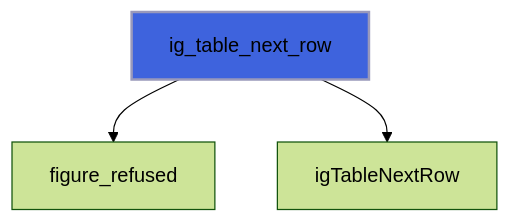
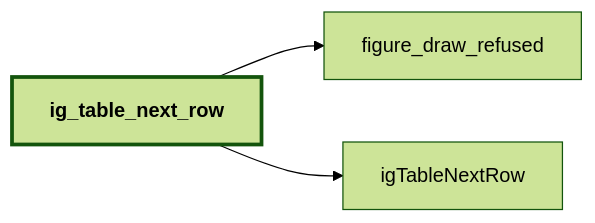
One commit to szaghi/figure changed diagram 14 of 40 in docs/api/src/lib/figure_group.md. Above: the diagram before and after it, drawn with Mermaid (forest theme). The commit also changed other lines of this file and 54 other files, not shown here.

````diff
--- a/docs/api/src/lib/figure_group.md
+++ b/docs/api/src/lib/figure_group.md
@@ -331,6 +572,9 @@
 ```mermaid
-flowchart TD
-  ig_table_next_row["ig_table_next_row"] --> figure_refused["figure_refused"]
+flowchart LR
+  ig_table_next_row["ig_table_next_row"] --> figure_draw_refused["figure_draw_refused"]
   ig_table_next_row["ig_table_next_row"] --> igTableNextRow["igTableNextRow"]
-  style ig_table_next_row fill:#3e63dd,stroke:#99b,stroke-width:2px
+  classDef focus stroke-width:3px,font-weight:bold
+  class ig_table_next_row focus
+  click figure_draw_refused href "figure_base.html#figure-draw-refused" "figure_draw_refused"
+  click igTableNextRow href "figure_cimgui.html#igtablenextrow" "igTableNextRow"
 ```
````
